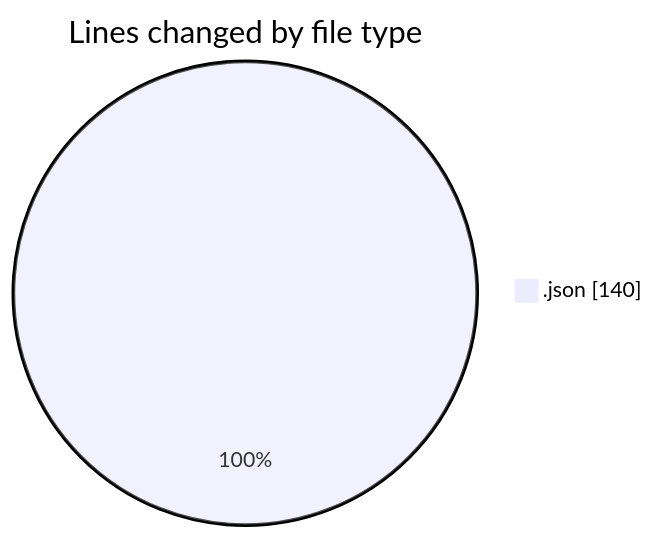
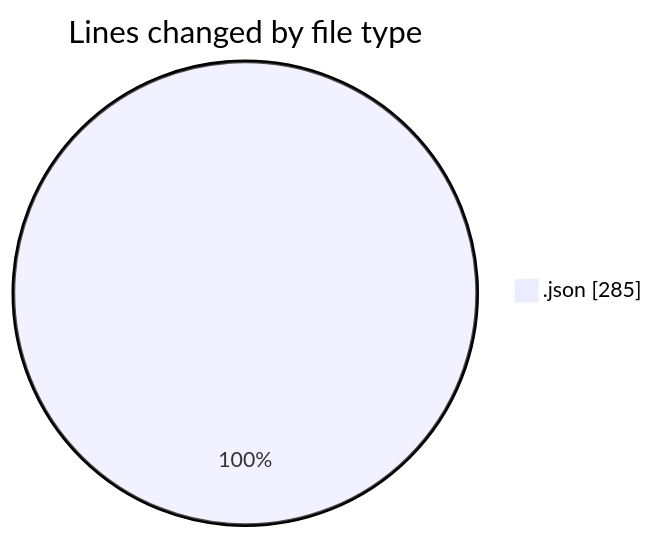
The first of 2 diagrams in 2026-09-09/mono-test/README.md (yexinjia/code-tracking), drawn with Mermaid before and after one commit. The commit also changed other lines of this file and 1 other file, not shown here.

````diff
--- a/2026-09-09/mono-test/README.md
+++ b/2026-09-09/mono-test/README.md
@@ -20,5 +20,5 @@
 ```mermaid
 pie showData
 title Lines changed by file type
-".json" : 140
+".json" : 285
 ```
````
